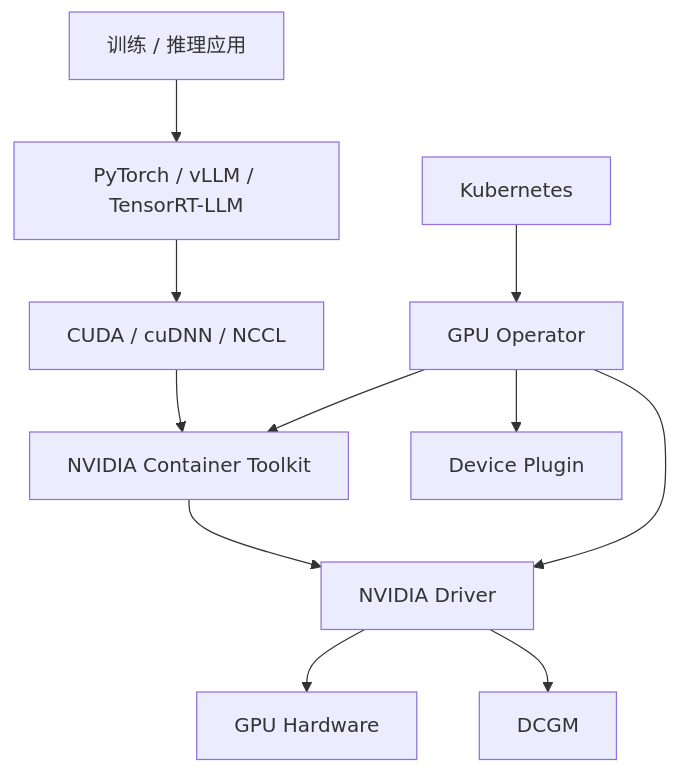
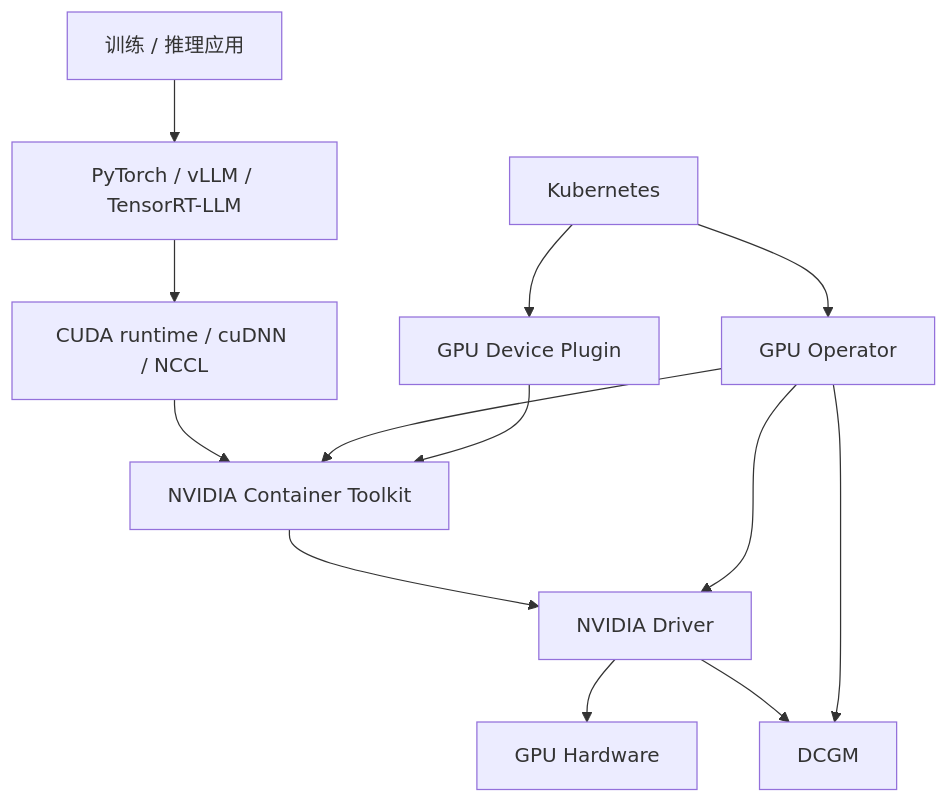
One commit to ikingye/ai-factory-engineering changed the diagram in docs/part-04-runtime/chapter-19-gpu-software-stack.md. Above: the diagram before and after it, drawn with Mermaid. The commit also changed other lines of this file and 4 other files, not shown here.

````diff
--- a/docs/part-04-runtime/chapter-19-gpu-software-stack.md
+++ b/docs/part-04-runtime/chapter-19-gpu-software-stack.md
@@ -23,13 +51,15 @@
 ```mermaid
 flowchart TB
   App["训练 / 推理应用"] --> Framework["PyTorch / vLLM / TensorRT-LLM"]
-  Framework --> CUDA["CUDA / cuDNN / NCCL"]
-  CUDA --> Toolkit["NVIDIA Container Toolkit"]
+  Framework --> UserLibs["CUDA runtime / cuDNN / NCCL"]
+  UserLibs --> Toolkit["NVIDIA Container Toolkit"]
   Toolkit --> Driver["NVIDIA Driver"]
   Driver --> GPU["GPU Hardware"]
   Driver --> DCGM["DCGM"]
-  K8s["Kubernetes"] --> Operator["GPU Operator"]
+  K8s["Kubernetes"] --> DevicePlugin["GPU Device Plugin"]
+  K8s --> Operator["GPU Operator"]
   Operator --> Driver
   Operator --> Toolkit
-  Operator --> DevicePlugin["Device Plugin"]
+  Operator --> DCGM
+  DevicePlugin --> Toolkit
 ```
````
